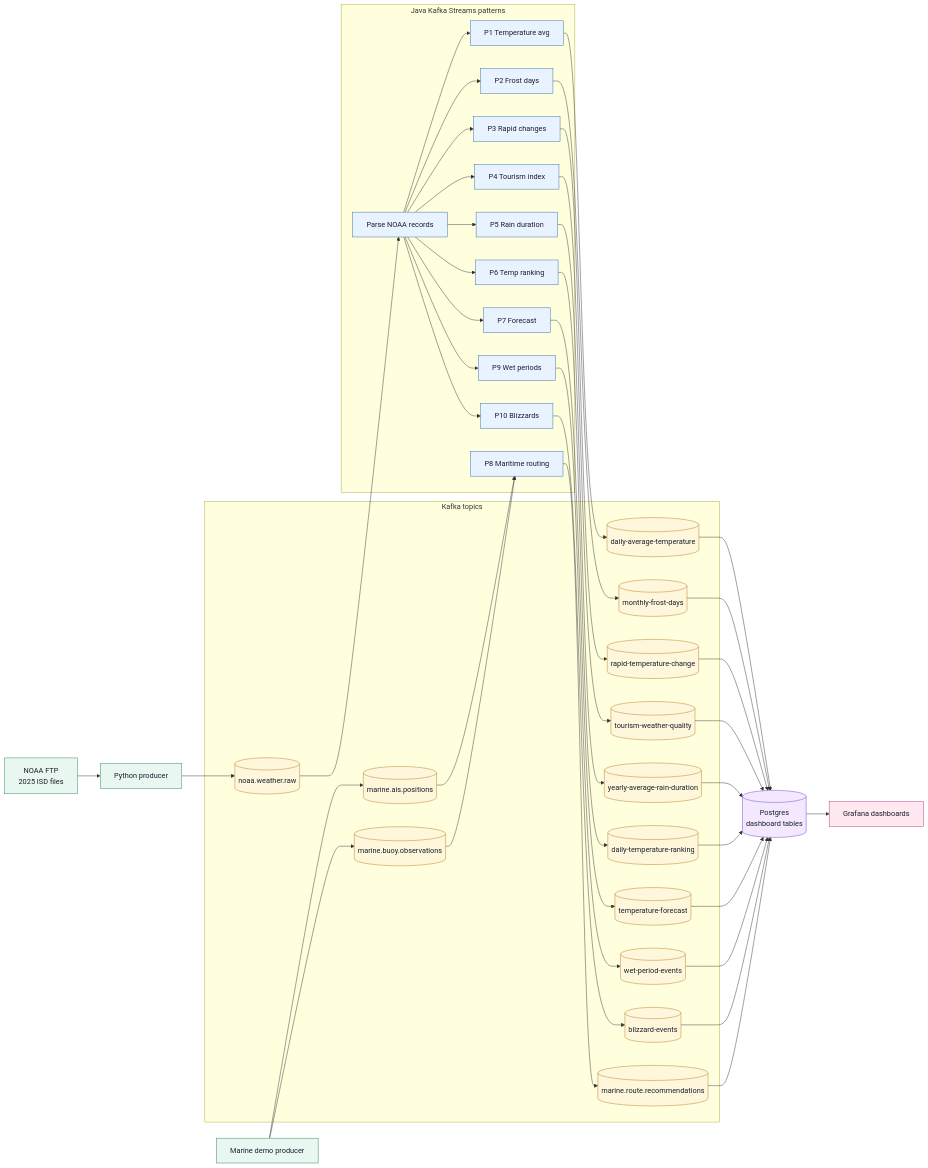
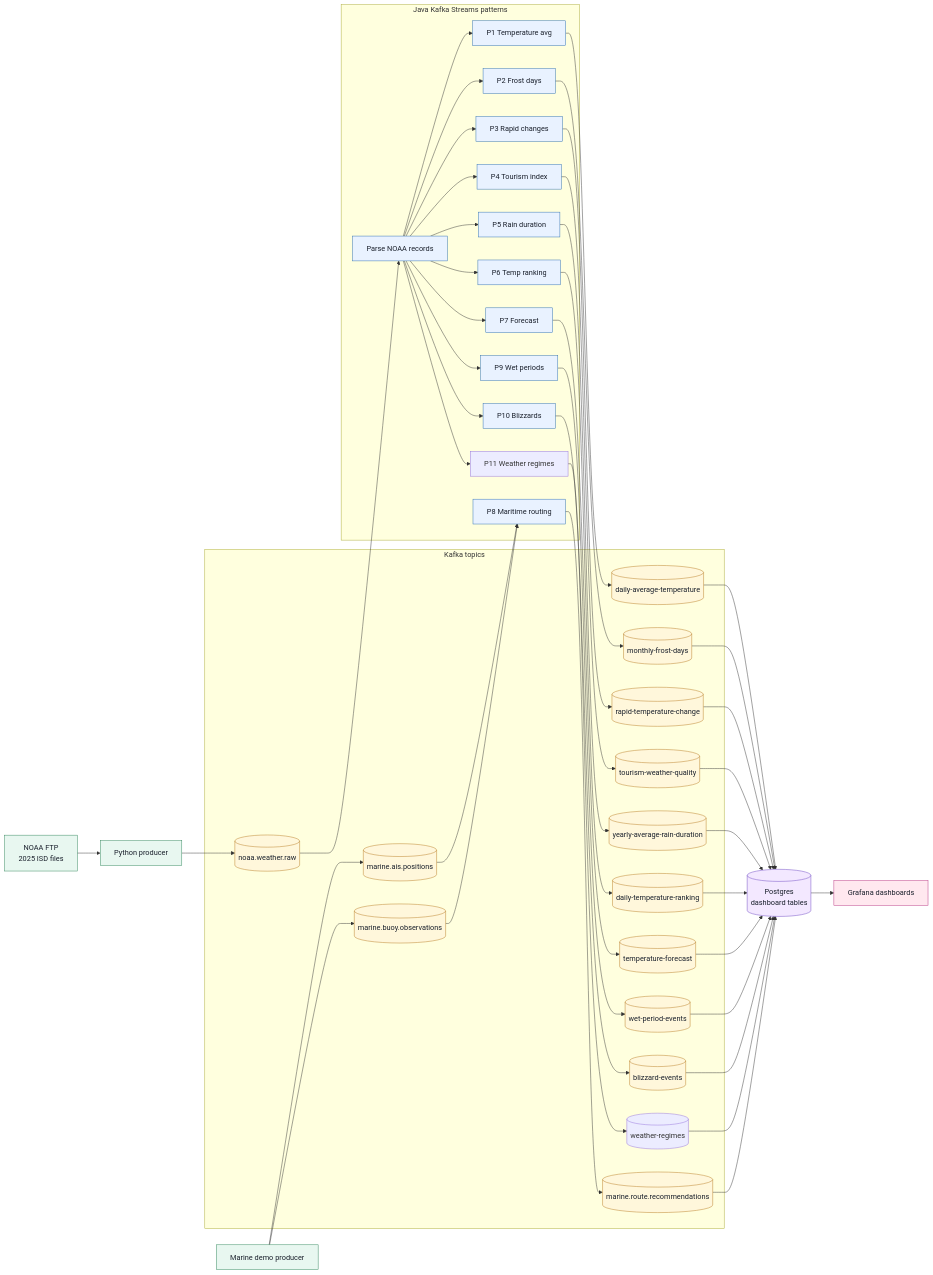
Before and after one commit to flo2002/fhv-ss26-stream-processing: the diagram in README.md, drawn with Mermaid. The commit also changed other lines of this file and 14 other files, not shown here.

```diff
--- a/README.md
+++ b/README.md
@@ -20,6 +20,7 @@
         t7[("temperature-forecast")]
         t9[("wet-period-events")]
         t10[("blizzard-events")]
+        t11[("weather-regimes")]
         ais[("marine.ais.positions")]
         buoy[("marine.buoy.observations")]
         route[("marine.route.recommendations")]
@@ -37,6 +38,7 @@
         p8["P8 Maritime routing"]
         p9["P9 Wet periods"]
         p10["P10 Blizzards"]
+        p11["P11 Weather regimes"]
     end
 
     marineProducer["Marine demo producer"]
@@ -53,6 +55,7 @@
     parser --> p7 --> t7
     parser --> p9 --> t9
     parser --> p10 --> t10
+    parser --> p11 --> t11
 
     marineProducer --> ais --> p8
     marineProducer --> buoy --> p8
@@ -67,6 +70,7 @@
     t7 --> postgres
     t9 --> postgres
     t10 --> postgres
+    t11 --> postgres
     route --> postgres
     postgres --> grafana
 
```
